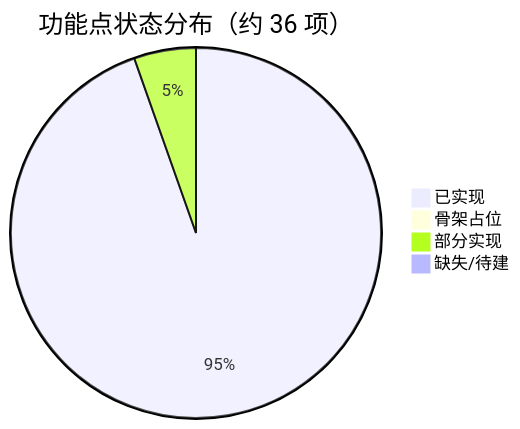
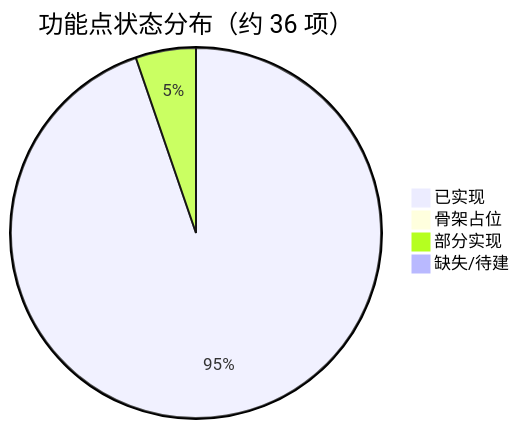
One commit to qoobots/qoorag changed the first of 2 diagrams in .docs/06_功能清单进度文档.md. Above: the diagram before and after it, drawn with Mermaid. The commit also changed other lines of this file and 11 other files, not shown here.

````diff
--- a/.docs/06_功能清单进度文档.md
+++ b/.docs/06_功能清单进度文档.md
@@ -29,7 +29,7 @@
 ```mermaid
 pie title 功能点状态分布（约 36 项）
-    "已实现" : 35
+    "已实现" : 36
     "骨架占位" : 0
     "部分实现" : 2
     "缺失/待建" : 0
 ```
````
